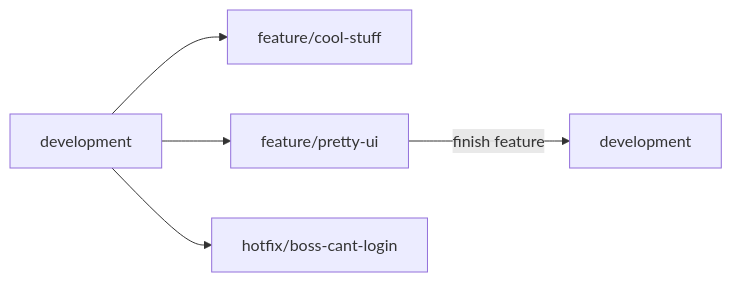
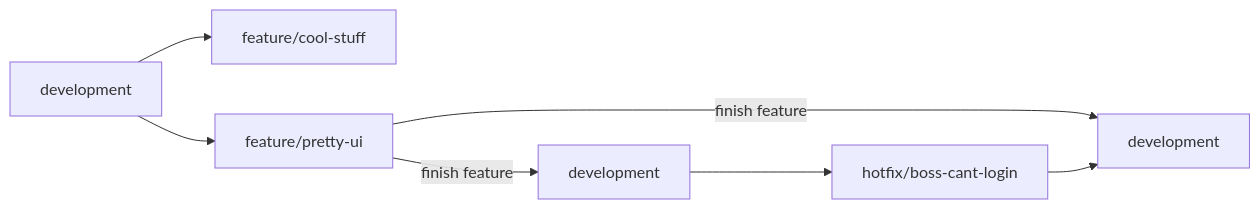
The diagram in testy/plan_zarządzania_jakością_produktu.md (hasparus/software-engineering-class), drawn with Mermaid before and after one commit. The commit also changed other lines of this file, not shown here.

Commit message:
Uploaded by https://stackedit.io/

````diff
--- a/testy/plan_zarządzania_jakością_produktu.md
+++ b/testy/plan_zarządzania_jakością_produktu.md
@@ -19,9 +19,10 @@
 ```mermaid
 graph LR;
 	d#1[development]-->feature/cool-stuff;
 	d#1[development]-->feature/pretty-ui;
 	feature/pretty-ui--finish feature-->d#2[development];
-	d#1[development]-->hotfix/boss-cant-login;
-	
+	feature/pretty-ui--finish feature-->d#3[development];
+	d#2[development]-->hotfix/boss-cant-login;
+	hotfix/boss-cant-login-->d#3[development]	
 	
 ```
````
